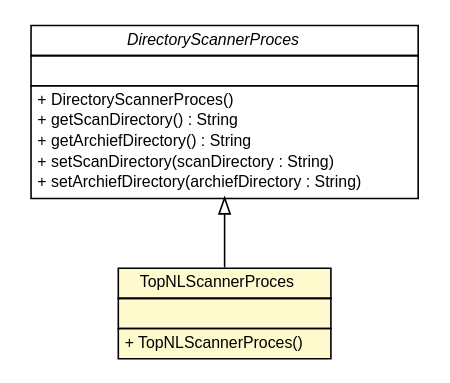
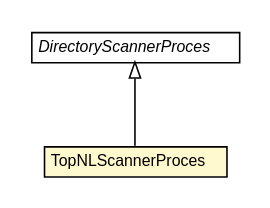
One commit to B3Partners/brmo changed the diagram in brmo-persistence/apidocs/nl/b3p/brmo/persistence/staging/TopNLScannerProces.dot. Above: the diagram before and after it, drawn with Graphviz. The commit also changed 252 other files, not shown here.

```diff
--- a/brmo-persistence/apidocs/nl/b3p/brmo/persistence/staging/TopNLScannerProces.dot
+++ b/brmo-persistence/apidocs/nl/b3p/brmo/persistence/staging/TopNLScannerProces.dot
@@ -1,42 +1,26 @@
 #!/usr/local/bin/dot
 #
 # Class diagram 
 # Generated by UMLGraph version R5_6-24-gf6e263 (http://www.umlgraph.org/)
 #
 
 digraph G {
 	edge [fontname="Helvetica",fontsize=10,labelfontname="Helvetica",labelfontsize=10];
 	node [fontname="Helvetica",fontsize=10,shape=plaintext];
 	nodesep=0.25;
 	ranksep=0.5;
 	// nl.b3p.brmo.persistence.staging.TopNLScannerProces
 	c607 [label=<<table title="nl.b3p.brmo.persistence.staging.TopNLScannerProces" border="0" cellborder="1" cellspacing="0" cellpadding="2" port="p" bgcolor="lemonChiffon" href="./TopNLScannerProces.html">
 		<tr><td><table border="0" cellspacing="0" cellpadding="1">
 <tr><td align="center" balign="center"> TopNLScannerProces </td></tr>
 		</table></td></tr>
-		<tr><td><table border="0" cellspacing="0" cellpadding="1">
-<tr><td align="left" balign="left">  </td></tr>
-		</table></td></tr>
-		<tr><td><table border="0" cellspacing="0" cellpadding="1">
-<tr><td align="left" balign="left"> + TopNLScannerProces() </td></tr>
-		</table></td></tr>
 		</table>>, URL="./TopNLScannerProces.html", fontname="Helvetica", fontcolor="black", fontsize=10.0];
 	// nl.b3p.brmo.persistence.staging.DirectoryScannerProces
 	c621 [label=<<table title="nl.b3p.brmo.persistence.staging.DirectoryScannerProces" border="0" cellborder="1" cellspacing="0" cellpadding="2" port="p" href="./DirectoryScannerProces.html">
 		<tr><td><table border="0" cellspacing="0" cellpadding="1">
 <tr><td align="center" balign="center"><font face="Helvetica-Oblique"> DirectoryScannerProces </font></td></tr>
 		</table></td></tr>
-		<tr><td><table border="0" cellspacing="0" cellpadding="1">
-<tr><td align="left" balign="left">  </td></tr>
-		</table></td></tr>
-		<tr><td><table border="0" cellspacing="0" cellpadding="1">
-<tr><td align="left" balign="left"> + DirectoryScannerProces() </td></tr>
-<tr><td align="left" balign="left"> + getScanDirectory() : String </td></tr>
-<tr><td align="left" balign="left"> + getArchiefDirectory() : String </td></tr>
-<tr><td align="left" balign="left"> + setScanDirectory(scanDirectory : String) </td></tr>
-<tr><td align="left" balign="left"> + setArchiefDirectory(archiefDirectory : String) </td></tr>
-		</table></td></tr>
 		</table>>, URL="./DirectoryScannerProces.html", fontname="Helvetica", fontcolor="black", fontsize=10.0];
 	//nl.b3p.brmo.persistence.staging.TopNLScannerProces extends nl.b3p.brmo.persistence.staging.DirectoryScannerProces
 	c621:p -> c607:p [dir=back,arrowtail=empty];
 }
```
